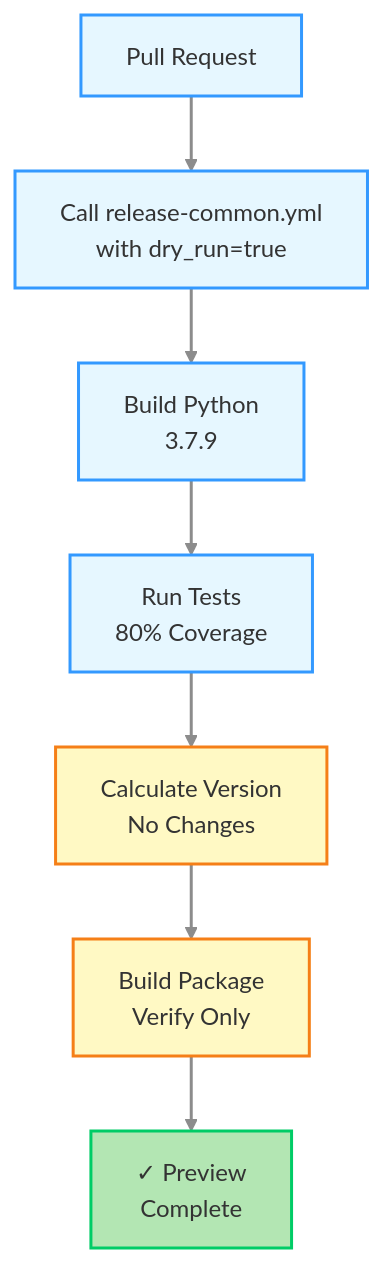
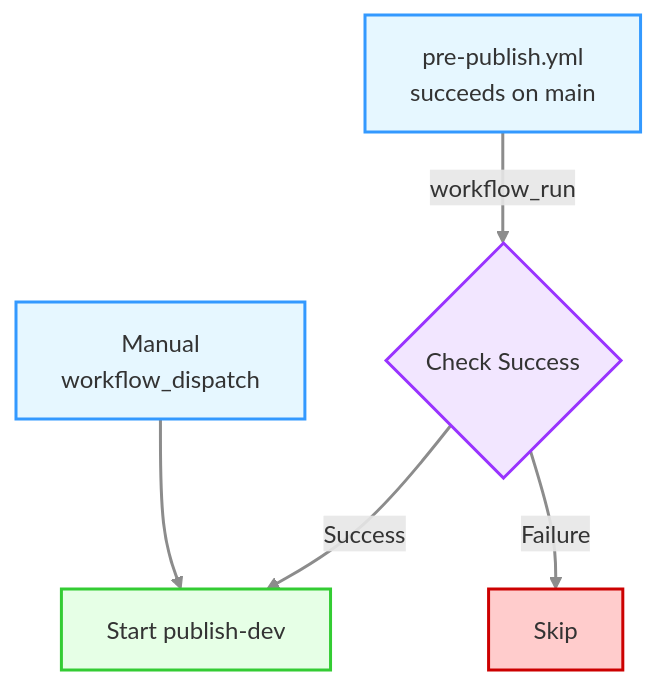
Before and after one commit to minouris/spafw37: the fifth of 17 diagrams in .github/RELEASE_PROCESS.md, drawn with Mermaid. The commit also changed other lines of this file and 4 other files, not shown here.

Commit message:
Fixed Changelog generation problems, and updated RELEASE_PROCESS.md

````diff
--- a/.github/RELEASE_PROCESS.md
+++ b/.github/RELEASE_PROCESS.md
@@ -332,19 +243,20 @@
 ```mermaid
 flowchart TD
-    A[Pull Request] --> B[Call release-common.yml<br/>with dry_run=true]
-    B --> C[Build Python<br/>3.7.9]
-    C --> D[Run Tests<br/>80% Coverage]
-    D --> E[Calculate Version<br/>No Changes]
-    E --> F[Build Package<br/>Verify Only]
-    F --> G[✓ Preview<br/>Complete]
+    A[pre-publish.yml<br/>succeeds on main] -->|workflow_run| B{Check Success}
+    B -->|Success| C[Start publish-dev]
+    B -->|Failure| D[Skip]
     
-    classDef processStyle fill:#e6f7ff,stroke:#3399ff,stroke-width:2px,color:#333
-    classDef previewStyle fill:#fff9c4,stroke:#f57f17,stroke-width:2px,color:#333
-    classDef successStyle fill:#b3e6b3,stroke:#00cc66,stroke-width:2px,color:#333
+    E[Manual<br/>workflow_dispatch] --> C
     
-    class A,B,C,D processStyle
-    class E,F previewStyle
-    class G successStyle
+    classDef triggerStyle fill:#e6f7ff,stroke:#3399ff,stroke-width:2px,color:#333
+    classDef decisionStyle fill:#f2e6ff,stroke:#9933ff,stroke-width:2px,color:#333
+    classDef processStyle fill:#e6ffe6,stroke:#33cc33,stroke-width:2px,color:#333
+    classDef skipStyle fill:#ffcccc,stroke:#cc0000,stroke-width:2px,color:#333
+    
+    class A,E triggerStyle
+    class B decisionStyle
+    class C processStyle
+    class D skipStyle
     
     linkStyle default stroke:#8c8c8c,stroke-width:2px
 ```
````
